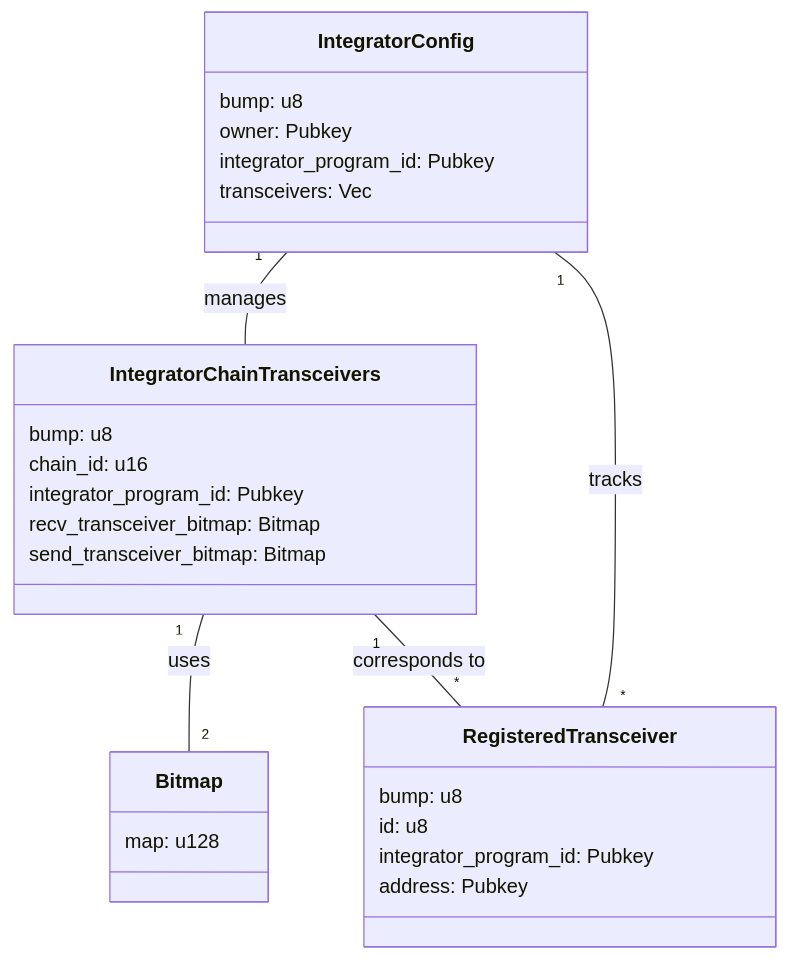
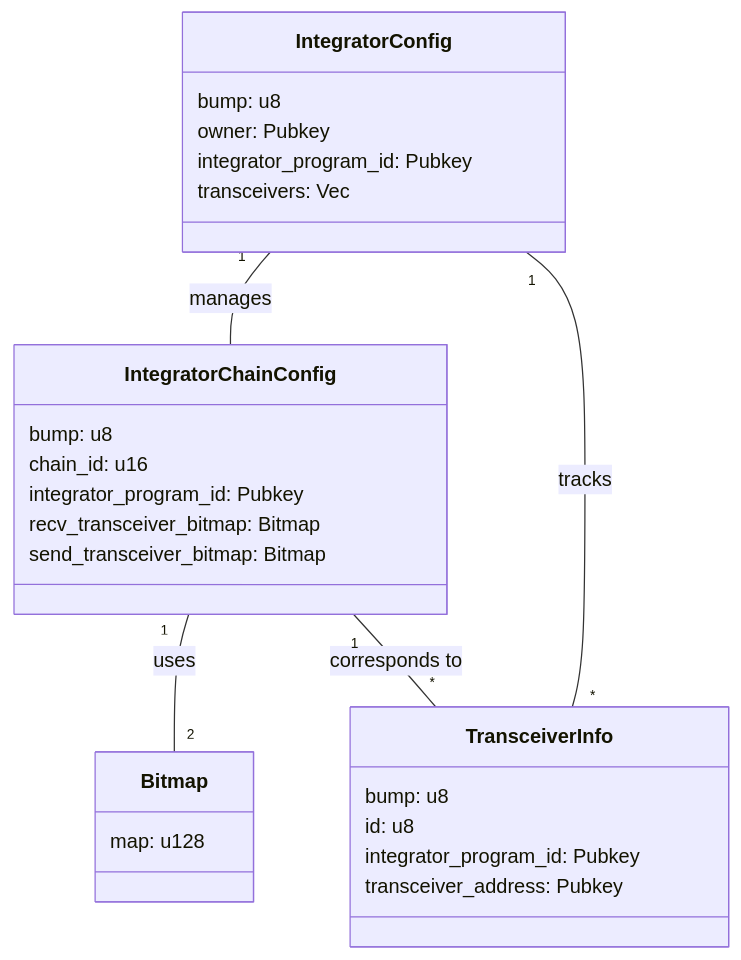
One commit to wormholelabs-xyz/example-messaging-endpoint changed the first of 2 diagrams in svm/programs/router/README.md. Above: the diagram before and after it, drawn with Mermaid. The commit also changed other lines of this file and 1 other file, not shown here.

````diff
--- a/svm/programs/router/README.md
+++ b/svm/programs/router/README.md
@@ -14,33 +14,33 @@
 ```mermaid
 classDiagram
     class IntegratorConfig {
         bump: u8
         owner: Pubkey
         integrator_program_id: Pubkey
         transceivers: Vec<Pubkey>
     }
 
-    class IntegratorChainTransceivers {
+    class IntegratorChainConfig {
         bump: u8
         chain_id: u16
         integrator_program_id: Pubkey
         recv_transceiver_bitmap: Bitmap
         send_transceiver_bitmap: Bitmap
     }
 
-    class RegisteredTransceiver {
+    class TransceiverInfo {
         bump: u8
         id: u8
         integrator_program_id: Pubkey
-        address: Pubkey
+        transceiver_address: Pubkey
     }
 
     class Bitmap {
         map: u128
     }
 
-   IntegratorConfig "1" -- "" IntegratorChainTransceivers : manages
-   IntegratorChainTransceivers "1" -- "2" Bitmap : uses
-   IntegratorConfig "1" -- "*" RegisteredTransceiver : tracks
-   IntegratorChainTransceivers "1" -- "*" RegisteredTransceiver : corresponds to
+   IntegratorConfig "1" -- "" IntegratorChainConfig : manages
+   IntegratorChainConfig "1" -- "2" Bitmap : uses
+   IntegratorConfig "1" -- "*" TransceiverInfo : tracks
+   IntegratorChainConfig "1" -- "*" TransceiverInfo : corresponds to
 ```
````
